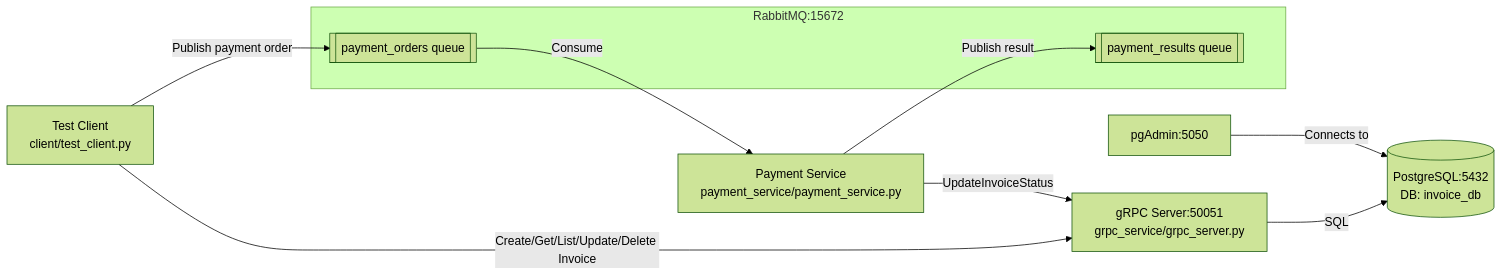
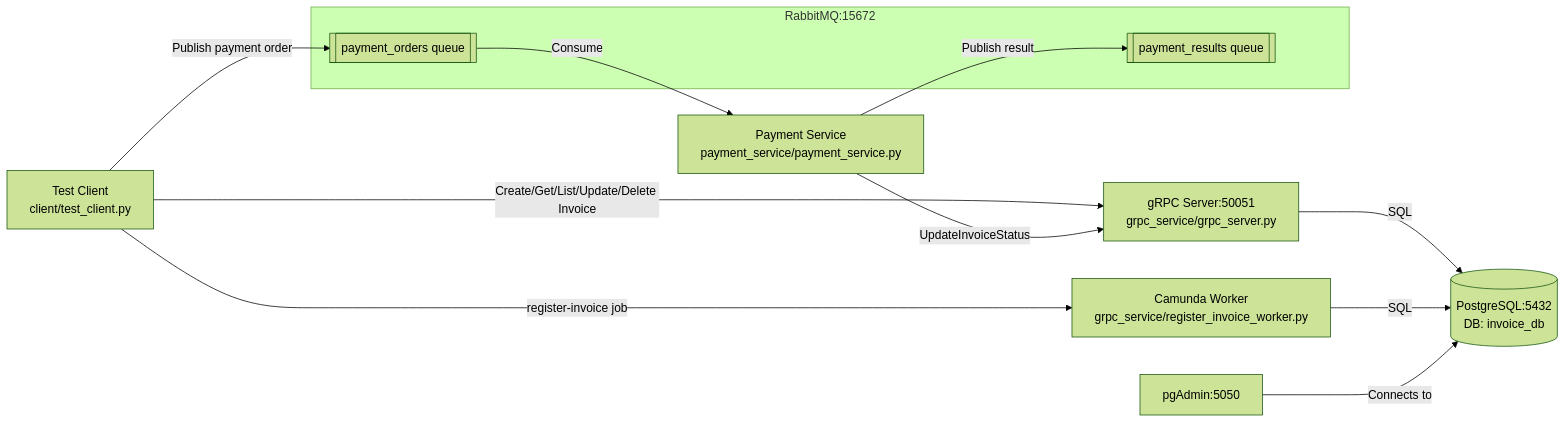
One commit to jonasriesterer/zahlungssystem changed the diagram in README.md. Above: the diagram before and after it, drawn with Mermaid (forest theme). The commit also changed other lines of this file and 9 other files, not shown here.

````diff
--- a/README.md
+++ b/README.md
@@ -7,22 +7,25 @@
 ```mermaid
 flowchart LR
        C[Test Client\nclient/test_client.py]
        G[gRPC Server:50051\ngrpc_service/grpc_server.py]
+       W[Camunda Worker\ngrpc_service/register_invoice_worker.py]
        DB[(PostgreSQL:5432\nDB: invoice_db)]
        A[pgAdmin:5050]
        P[Payment Service\npayment_service/payment_service.py]
 
        subgraph R[RabbitMQ:15672]
               QO[[payment_orders queue]]
               QR[[payment_results queue]]
        end
 
        C -->|Create/Get/List/Update/Delete Invoice| G
        G -->|SQL| DB
+       W -->|SQL| DB
        A -->|Connects to| DB
 
        C -->|Publish payment order| QO
        QO -->|Consume| P
        P -->|Publish result| QR
        P -->|UpdateInvoiceStatus| G
+       C -->|register-invoice job| W
 ```
````
